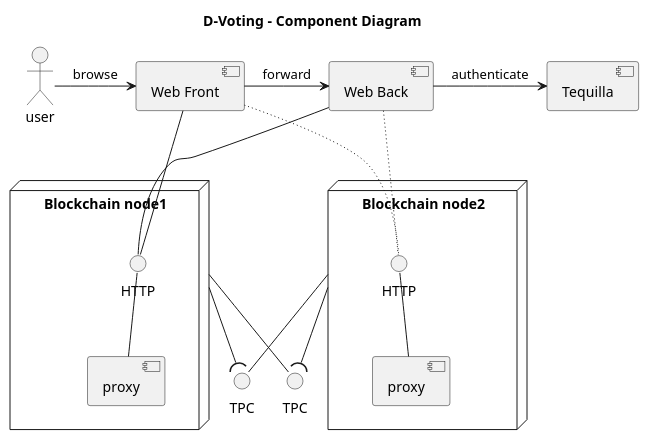
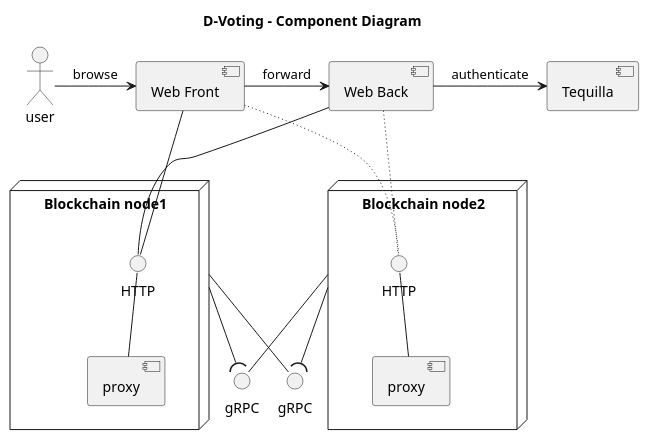
Before and after one commit to dedis/d-voting: the diagram in docs/assets/component-global.puml, drawn with PlantUML. The commit also changed 1 other file, not shown here.

```diff
--- a/docs/assets/component-global.puml
+++ b/docs/assets/component-global.puml
@@ -1,42 +1,42 @@
 @startuml
 
 title D-Voting - Component Diagram
 
 node "Blockchain node1" as bc {
   [proxy]
   interface HTTP as iproxy
   proxy -up- iproxy
 }
 
 node "Blockchain node2" as bc2 {
   [proxy] as p2
   interface HTTP as iproxy2
   p2 -up- iproxy2
 }
 
 component "Web Front" as wf
 component "Web Back" as wb
 component "Tequilla" as teq
 
 actor user
 
 user -> wf: browse
 
 wf -down- iproxy
 wf -> wb: forward
 wb -down- iproxy
 wb -> teq: authenticate
 
 wf ~down~ iproxy2
 wb ~down~ iproxy2
 
-interface TPC as inode
-interface TPC as inode2
+interface gRPC as inode
+interface gRPC as inode2
 
 bc -- inode
 bc2 -- inode2
 
 bc -( inode2
 bc2 -( inode
 
 @enduml
```
